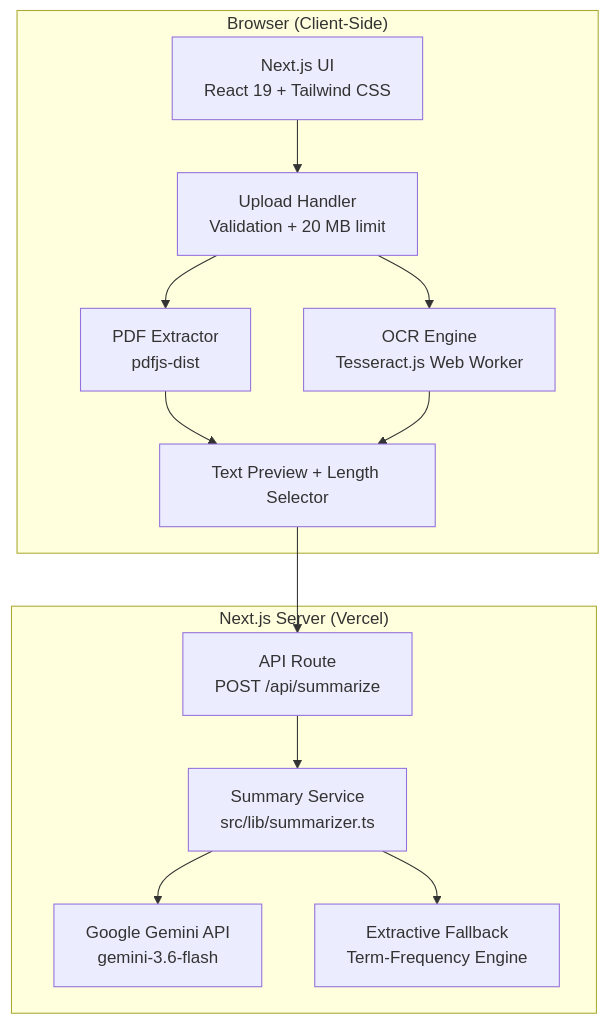
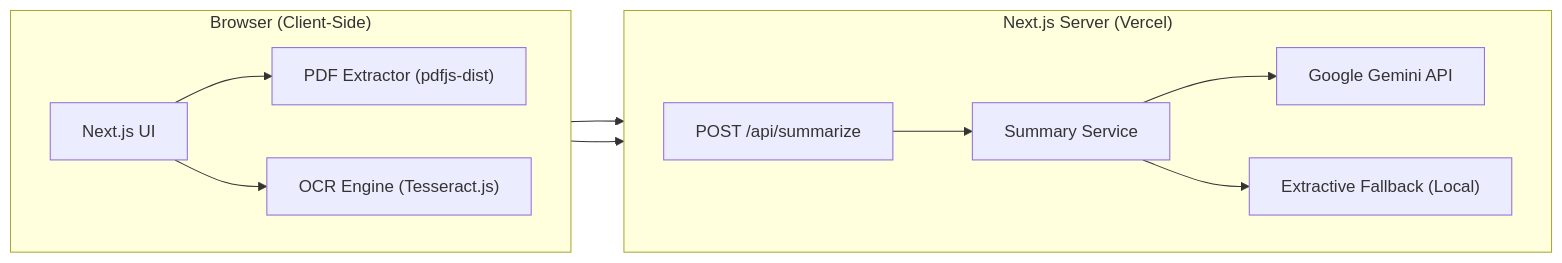
One commit to asmitachakrab/AI-Document-Summarizer changed the diagram in README.md. Above: the diagram before and after it, drawn with Mermaid.

Commit message:
update readme file

````diff
--- a/README.md
+++ b/README.md
@@ -40,27 +40,18 @@
 ```mermaid
-flowchart TB
-    subgraph Client["Browser (Client-Side)"]
-        UI["Next.js UI<br/>React 19 + Tailwind CSS"]
-        UP["Upload Handler<br/>Validation + 20 MB limit"]
-        PDF["PDF Extractor<br/>pdfjs-dist"]
-        OCR["OCR Engine<br/>Tesseract.js Web Worker"]
-        PREV["Text Preview + Length Selector"]
+flowchart LR
+    subgraph client["Browser (Client-Side)"]
+        direction LR
+        UI["Next.js UI"] --> PDF["PDF Extractor (pdfjs-dist)"]
+        UI --> OCR["OCR Engine (Tesseract.js)"]
     end
 
-    subgraph Server["Next.js Server (Vercel)"]
-        API["API Route<br/>POST /api/summarize"]
-        SUM["Summary Service<br/>src/lib/summarizer.ts"]
-        GEM["Google Gemini API<br/>gemini-3.6-flash"]
-        EXT["Extractive Fallback<br/>Term-Frequency Engine"]
+    subgraph server["Next.js Server (Vercel)"]
+        direction LR
+        API["POST /api/summarize"] --> SUM["Summary Service"]
+        SUM --> GEM["Google Gemini API"]
+        SUM --> EXT["Extractive Fallback (Local)"]
     end
 
-    UI --> UP
-    UP --> PDF
-    UP --> OCR
-    PDF --> PREV
-    OCR --> PREV
-    PREV --> API
-    API --> SUM
-    SUM --> GEM
-    SUM --> EXT
+    PDF --> API
+    OCR --> API
 ```
````
